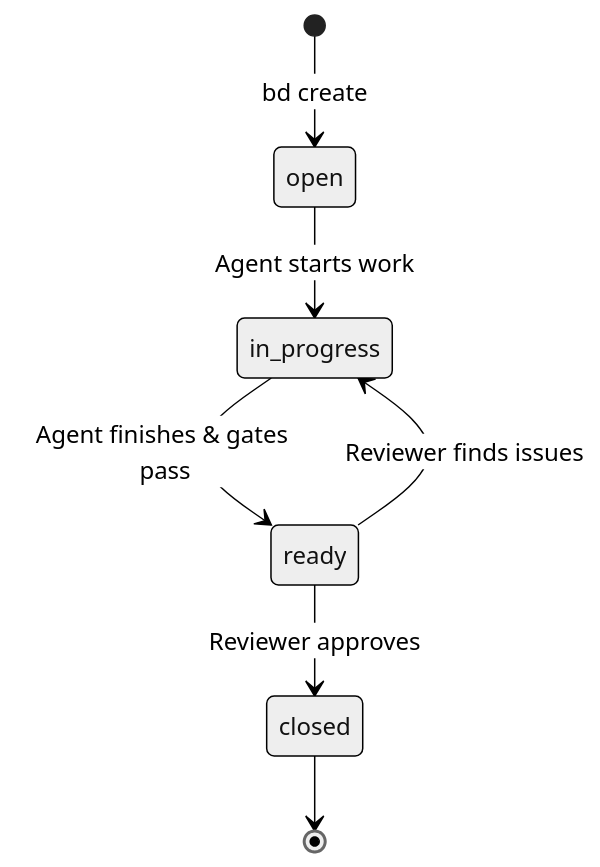
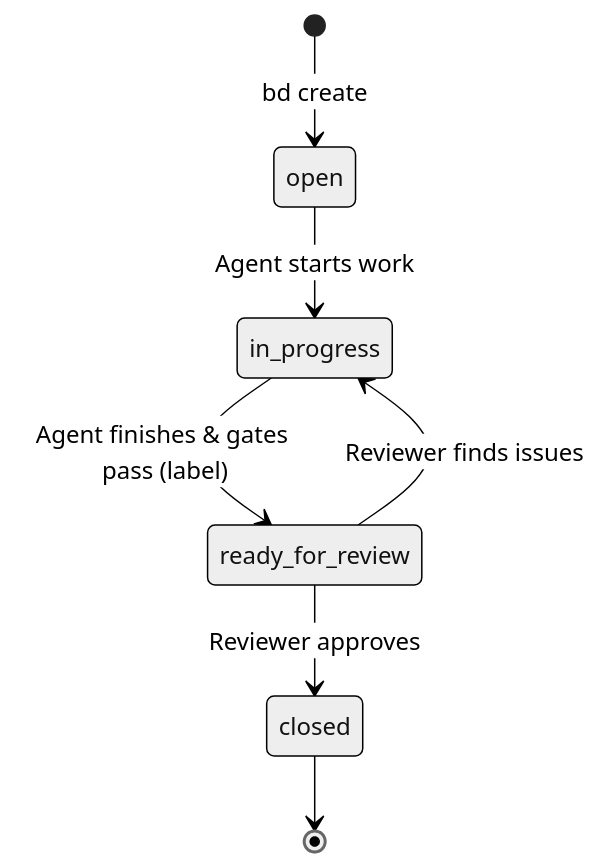
One commit to darshan-rambhia/vamsa changed the diagram in docs/content/developer/beads-workflow.md. Above: the diagram before and after it, drawn with Mermaid (neutral theme). The commit also changed other lines of this file and 70 other files, not shown here.

````diff
--- a/docs/content/developer/beads-workflow.md
+++ b/docs/content/developer/beads-workflow.md
@@ -80,9 +80,9 @@
 ```mermaid
 stateDiagram-v2
     [*] --> open: bd create
     open --> in_progress: Agent starts work
-    in_progress --> ready: Agent finishes & gates pass
-    ready --> in_progress: Reviewer finds issues
-    ready --> closed: Reviewer approves
+    in_progress --> ready_for_review: Agent finishes & gates pass (label)
+    ready_for_review --> in_progress: Reviewer finds issues
+    ready_for_review --> closed: Reviewer approves
     closed --> [*]
 ```
````
